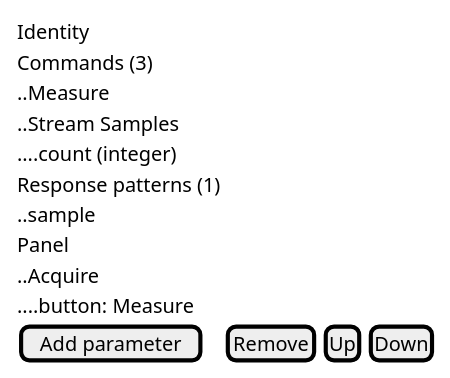
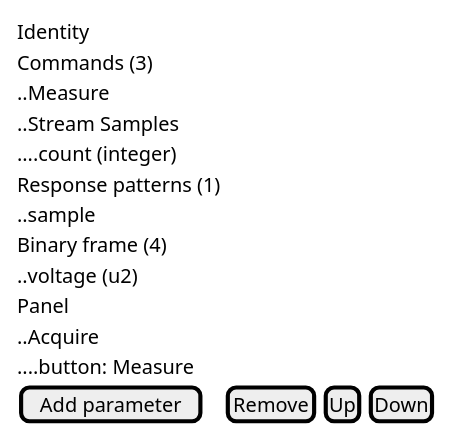
The second of 4 diagrams in docs/specs/manifest-editor.md (OutOfBandDevelopment/dev-term), drawn with PlantUML before and after one commit. The commit also changed other lines of this file and 16 other files, not shown here.

Commit message:
Manifest editors: Binary frame outline, frame field forms, and .ksy import in TUI and WPF

````diff
--- a/docs/specs/manifest-editor.md
+++ b/docs/specs/manifest-editor.md
@@ -39,17 +39,19 @@
 ```plantuml
 @startsalt
 {
   Identity
   Commands (3)
   ..Measure
   ..Stream Samples
   ....count (integer)
   Response patterns (1)
   ..sample
+  Binary frame (4)
+  ..voltage (u2)
   Panel
   ..Acquire
   ....button: Measure
   [Add parameter] | [Remove] | [Up] | [Down]
 }
 @endsalt
 ```
````
